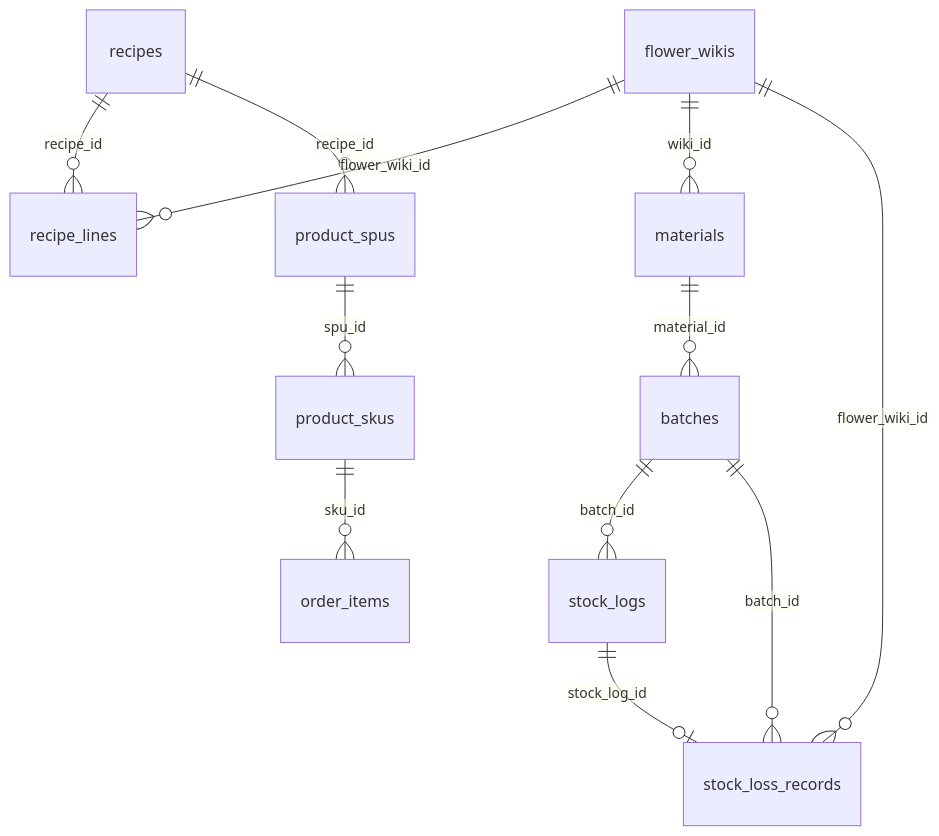
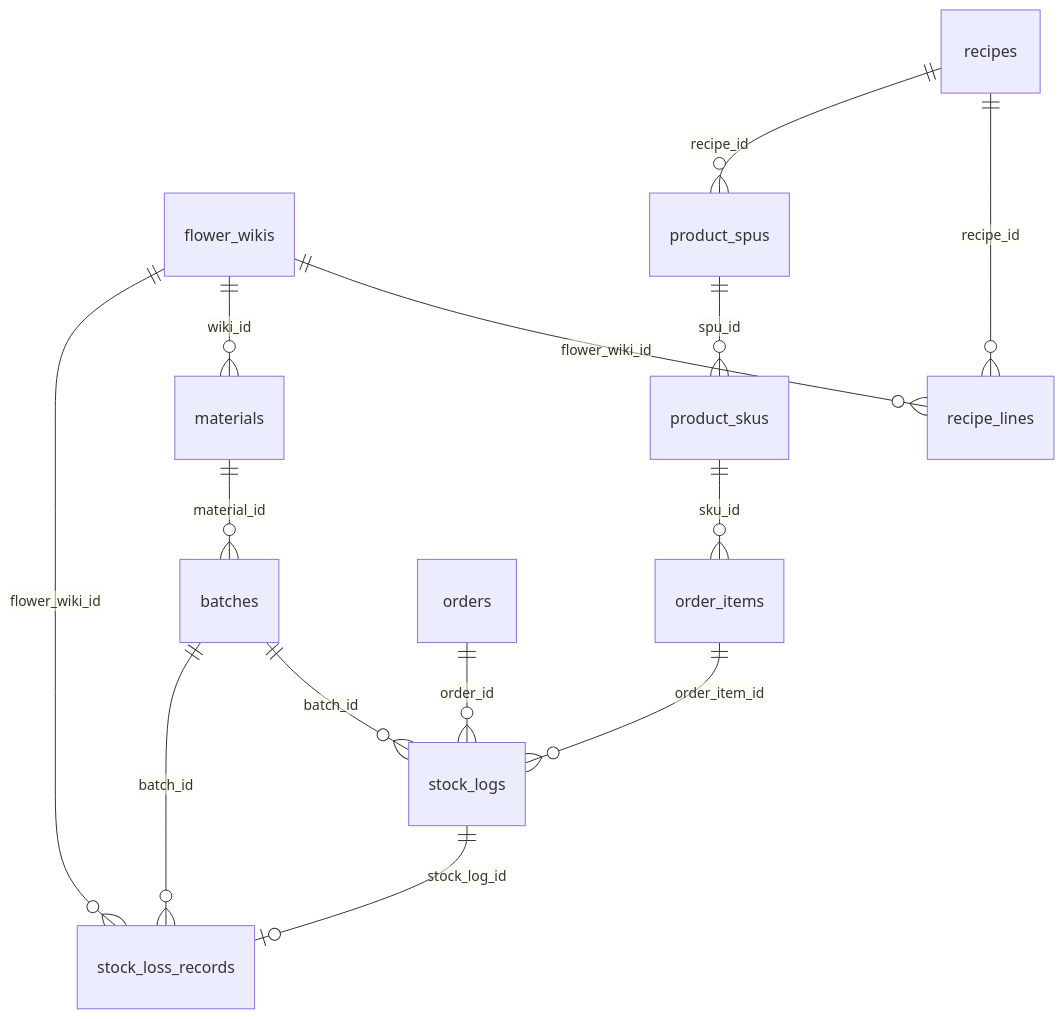
Before and after one commit to movingtea/42_flower_management: the diagram in flower-wms-system/ARCHITECTURE.md, drawn with Mermaid. The commit also changed other lines of this file and 46 other files, not shown here.

````diff
--- a/flower-wms-system/ARCHITECTURE.md
+++ b/flower-wms-system/ARCHITECTURE.md
@@ -342,14 +492,16 @@
 ```mermaid
 erDiagram
   flower_wikis ||--o{ recipe_lines : "flower_wiki_id"
   recipes ||--o{ recipe_lines : "recipe_id"
   recipes ||--o{ product_spus : "recipe_id"
   flower_wikis ||--o{ materials : "wiki_id"
   materials ||--o{ batches : "material_id"
   batches ||--o{ stock_logs : "batch_id"
   batches ||--o{ stock_loss_records : "batch_id"
   flower_wikis ||--o{ stock_loss_records : "flower_wiki_id"
   stock_logs ||--o| stock_loss_records : "stock_log_id"
   product_spus ||--o{ product_skus : "spu_id"
   product_skus ||--o{ order_items : "sku_id"
+  orders ||--o{ stock_logs : "order_id"
+  order_items ||--o{ stock_logs : "order_item_id"
 ```
````
